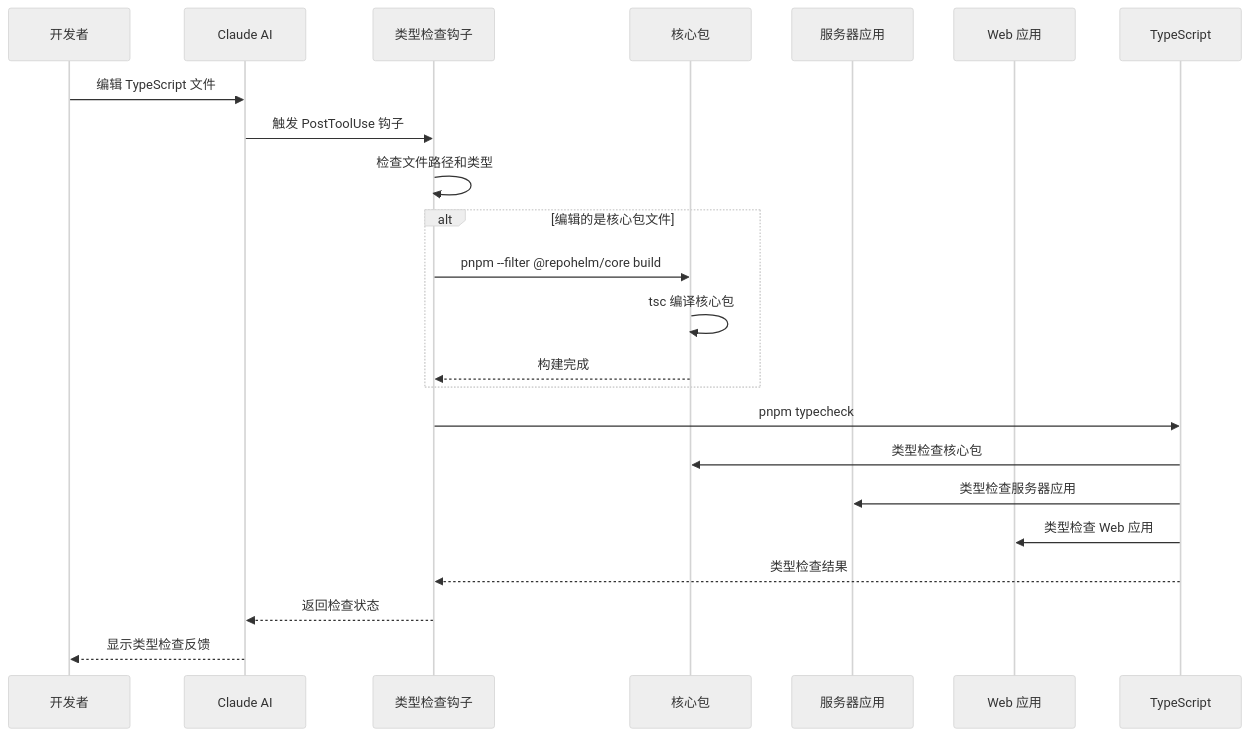
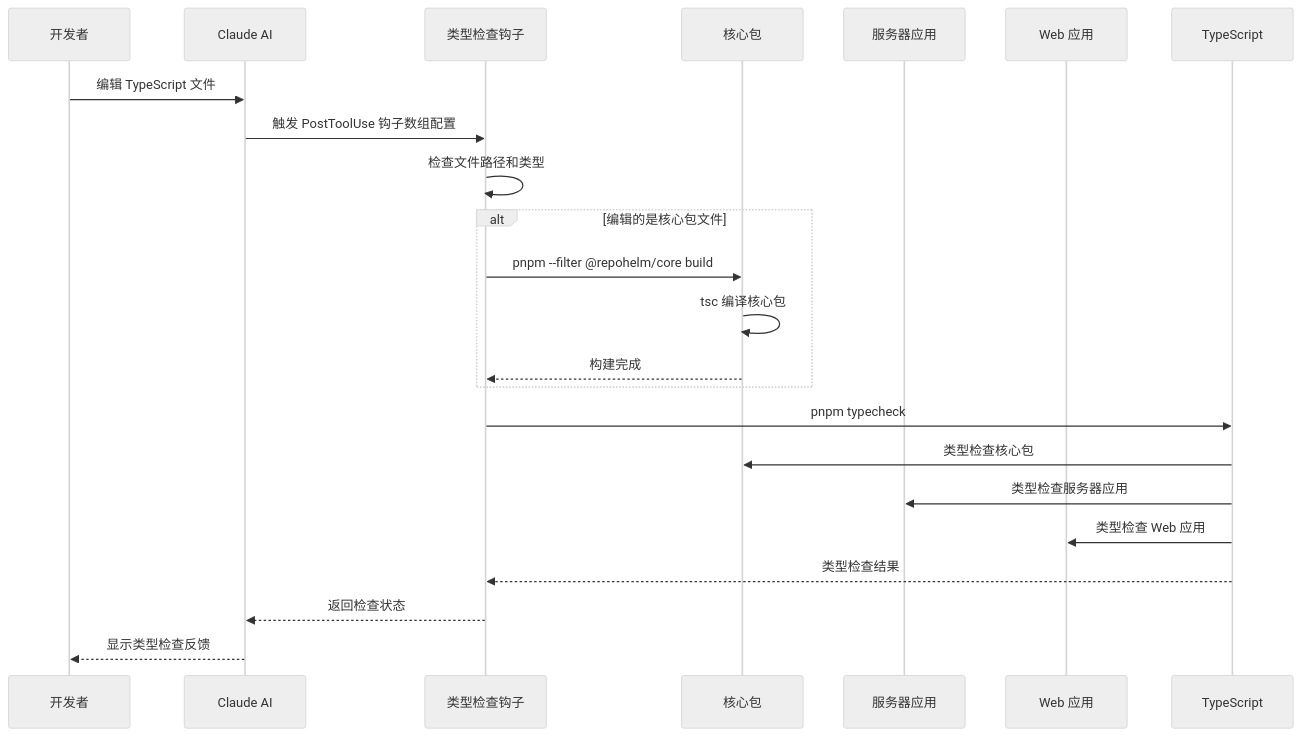
The second of 6 diagrams in .qoder/repowiki/zh/content/快速开始/Claude Code 集成指南/编辑时类型检查钩子.md (coconilu/RepoHelm), drawn with Mermaid (neutral theme) before and after one commit. The commit also changed other lines of this file and 14 other files, not shown here.

````diff
--- a/.qoder/repowiki/zh/content/快速开始/Claude Code 集成指南/编辑时类型检查钩子.md
+++ b/.qoder/repowiki/zh/content/快速开始/Claude Code 集成指南/编辑时类型检查钩子.md
@@ -110,25 +119,25 @@
 ```mermaid
 sequenceDiagram
 participant Dev as 开发者
 participant Claude as Claude AI
 participant Hook as 类型检查钩子
 participant Core as 核心包
 participant Server as 服务器应用
 participant Web as Web 应用
 participant TS as TypeScript
 Dev->>Claude : 编辑 TypeScript 文件
-Claude->>Hook : 触发 PostToolUse 钩子
+Claude->>Hook : 触发 PostToolUse 钩子数组配置
 Hook->>Hook : 检查文件路径和类型
 alt 编辑的是核心包文件
 Hook->>Core : pnpm --filter @repohelm/core build
 Core->>Core : tsc 编译核心包
 Core-->>Hook : 构建完成
 end
 Hook->>TS : pnpm typecheck
 TS->>Core : 类型检查核心包
 TS->>Server : 类型检查服务器应用
 TS->>Web : 类型检查 Web 应用
 TS-->>Hook : 类型检查结果
 Hook-->>Claude : 返回检查状态
 Claude-->>Dev : 显示类型检查反馈
 ```
````
